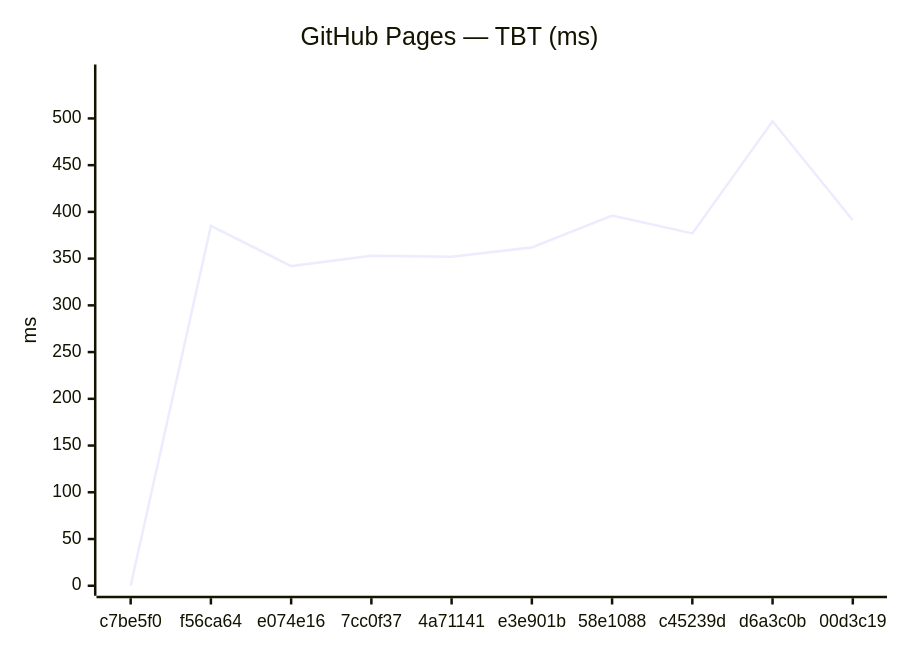
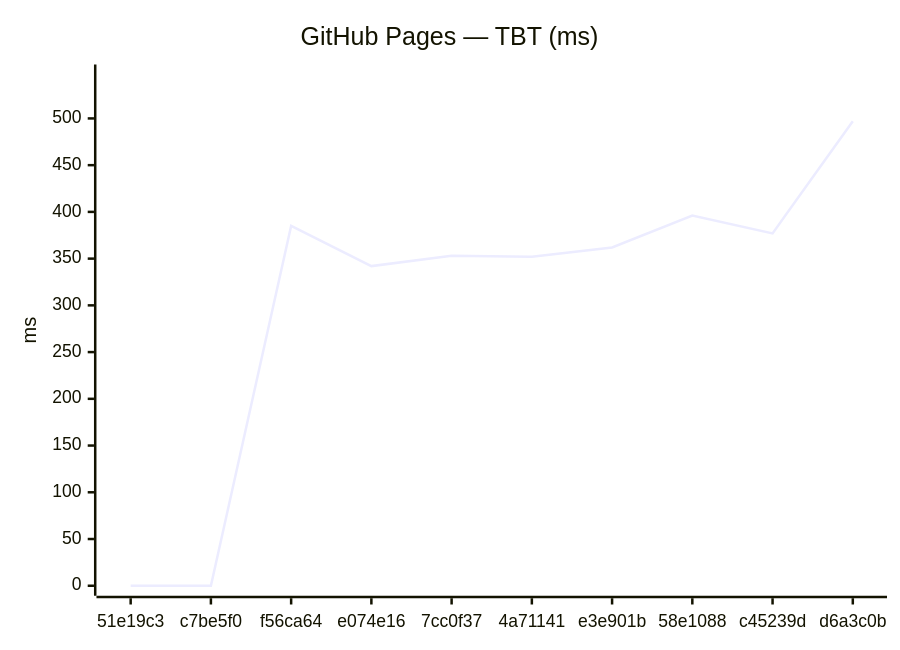
The fourth of 18 diagrams in benchmarks/compare.md (Metaheurist/Rianell), drawn with Mermaid before and after one commit. The commit also changed other lines of this file and 11 other files, not shown here.

````diff
--- a/benchmarks/compare.md
+++ b/benchmarks/compare.md
@@ -61,7 +61,7 @@
 ```mermaid
 xychart-beta
     title "GitHub Pages — TBT (ms)"
-    x-axis ["c7be5f0", "f56ca64", "e074e16", "7cc0f37", "4a71141", "e3e901b", "58e1088", "c45239d", "d6a3c0b", "00d3c19"]
+    x-axis ["51e19c3", "c7be5f0", "f56ca64", "e074e16", "7cc0f37", "4a71141", "e3e901b", "58e1088", "c45239d", "d6a3c0b"]
     y-axis "ms" 0 --> 547
-    line [0, 385, 342, 353, 352, 362, 396, 377, 497, 391]
+    line [0, 0, 385, 342, 353, 352, 362, 396, 377, 497]
 ```
````
